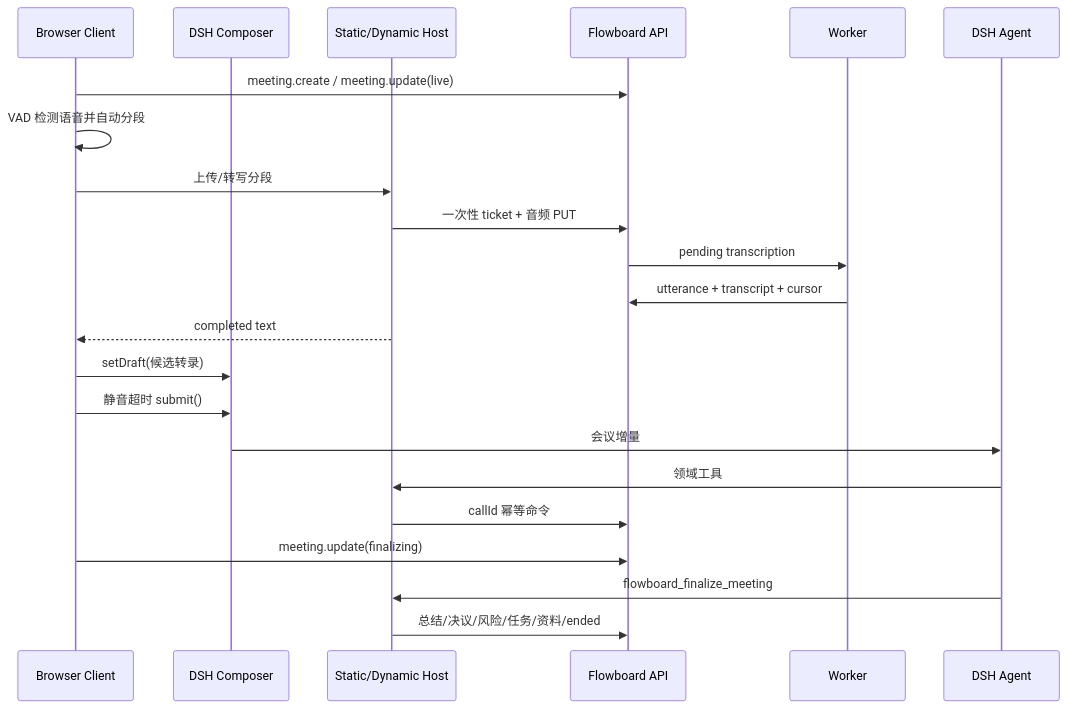
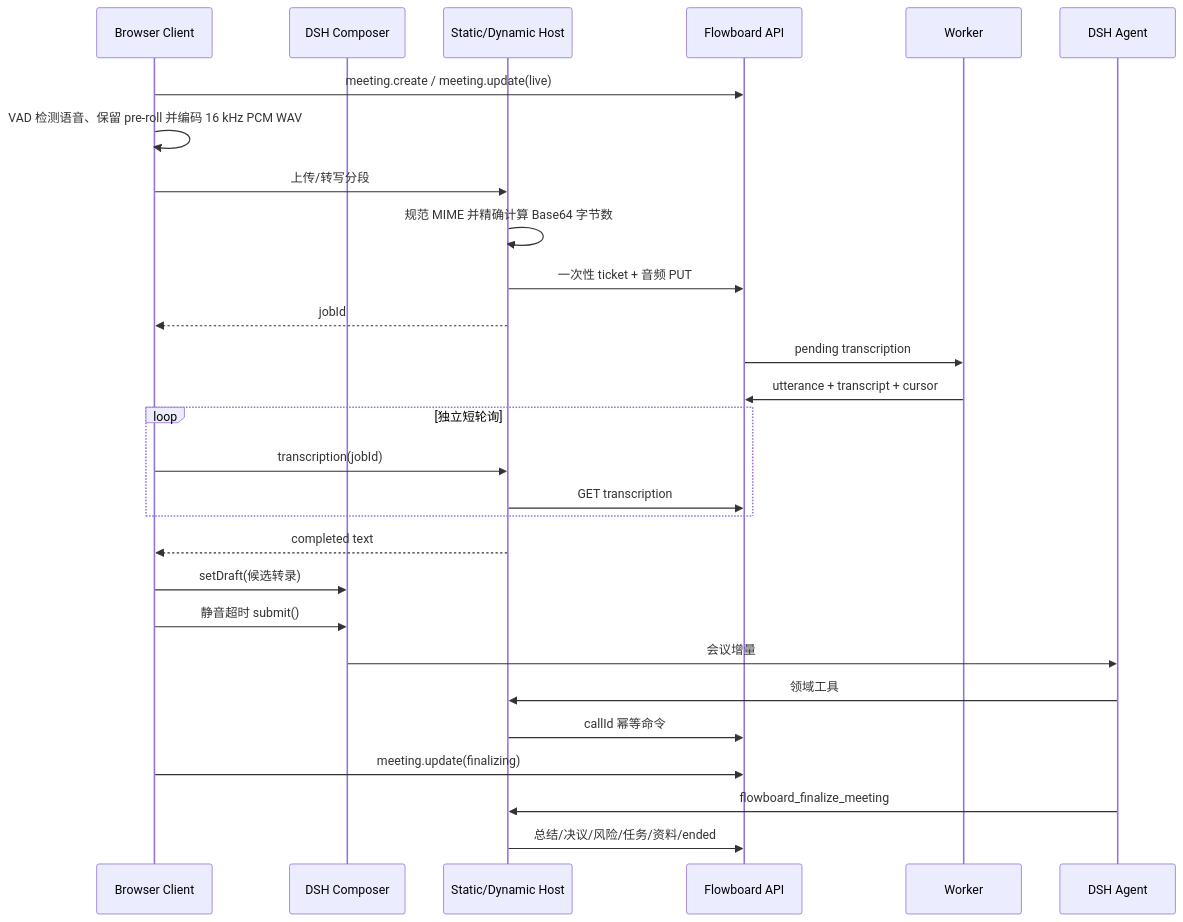
Before and after one commit to Untidy-cocoabutter173/Flowboard: the second of 2 diagrams in docs/architecture/system-overview.md, drawn with Mermaid. The commit also changed other lines of this file and 59 other files, not shown here.

Commit message:
refactor: embed Flowboard workspace runtime

````diff
--- a/docs/architecture/system-overview.md
+++ b/docs/architecture/system-overview.md
@@ -59,25 +61,31 @@
 ```mermaid
 sequenceDiagram
   participant B as Browser Client
   participant C as DSH Composer
   participant H as Static/Dynamic Host
   participant A as Flowboard API
   participant W as Worker
   participant AI as DSH Agent
 
   B->>A: meeting.create / meeting.update(live)
-  B->>B: VAD 检测语音并自动分段
+  B->>B: VAD 检测语音、保留 pre-roll 并编码 16 kHz PCM WAV
   B->>H: 上传/转写分段
+  H->>H: 规范 MIME 并精确计算 Base64 字节数
   H->>A: 一次性 ticket + 音频 PUT
+  H-->>B: jobId
   A->>W: pending transcription
   W->>A: utterance + transcript + cursor
+  loop 独立短轮询
+    B->>H: transcription(jobId)
+    H->>A: GET transcription
+  end
   H-->>B: completed text
   B->>C: setDraft(候选转录)
   B->>C: 静音超时 submit()
   C->>AI: 会议增量
   AI->>H: 领域工具
   H->>A: callId 幂等命令
   B->>A: meeting.update(finalizing)
   AI->>H: flowboard_finalize_meeting
   H->>A: 总结/决议/风险/任务/资料/ended
 ```
````
